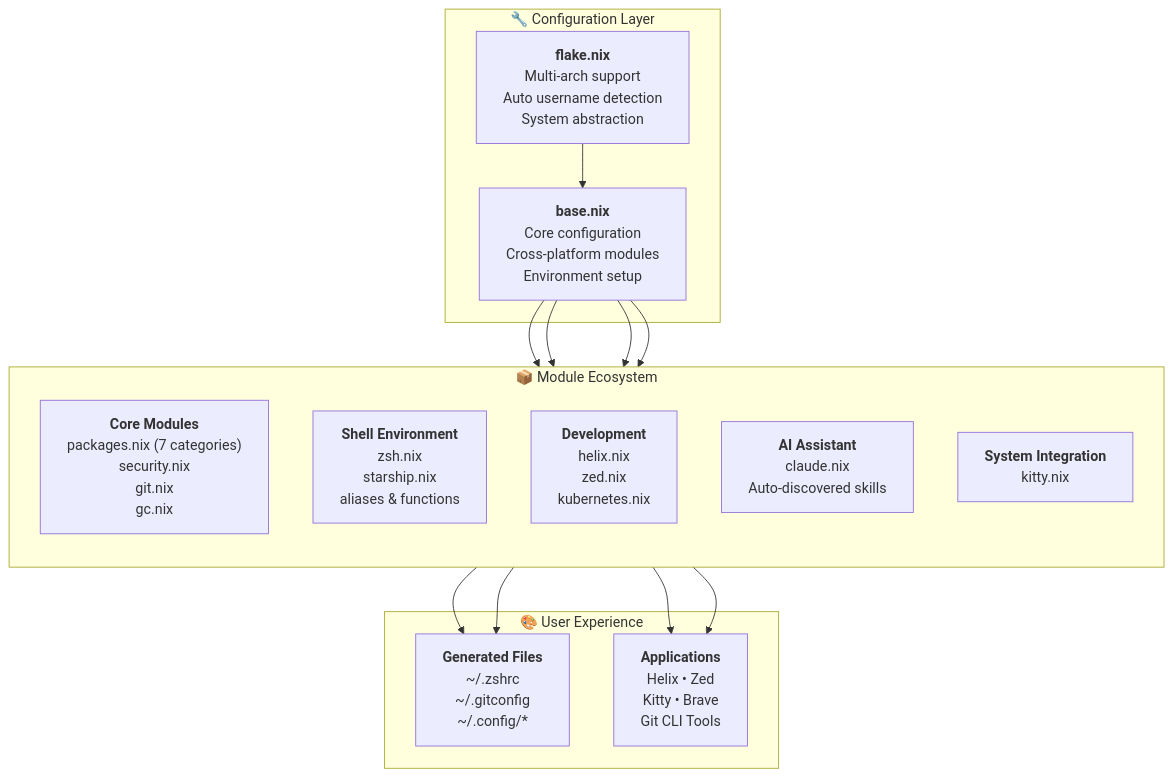
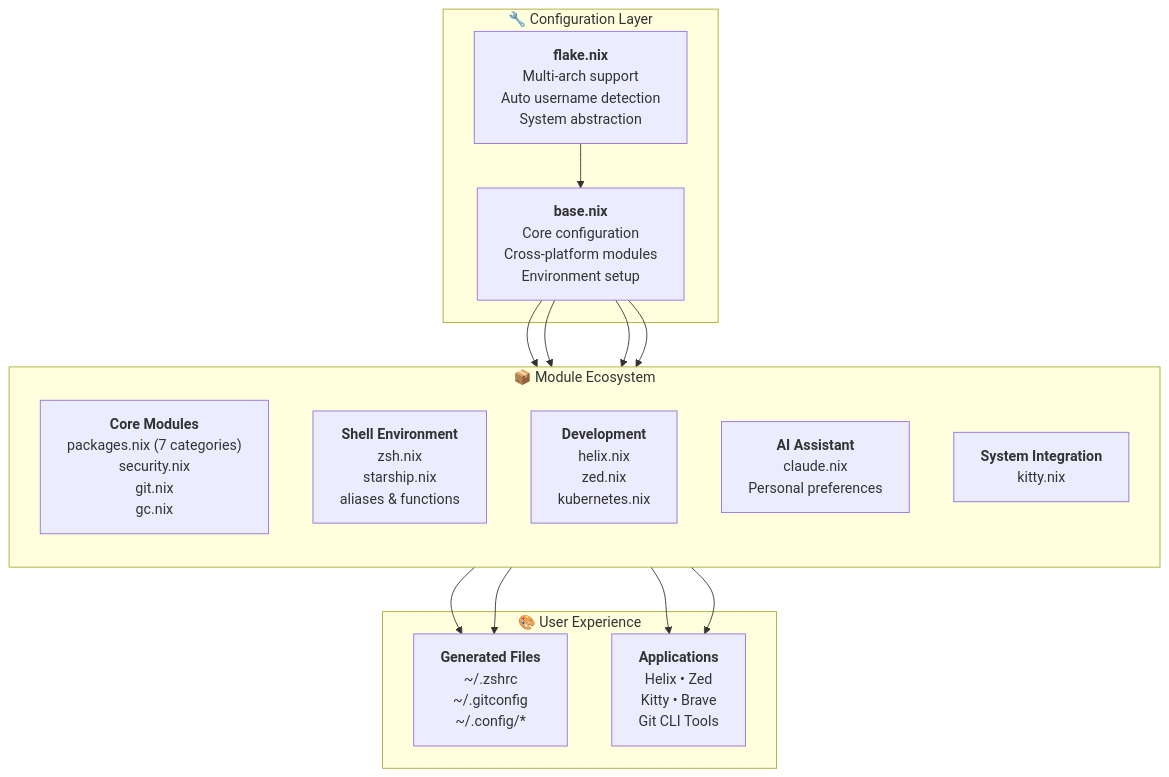
One commit to pampatzoglou/home-manager changed the first of 6 diagrams in docs/ARCHITECTURE.md. Above: the diagram before and after it, drawn with Mermaid. The commit also changed other lines of this file and 66 other files, not shown here.

````diff
--- a/docs/ARCHITECTURE.md
+++ b/docs/ARCHITECTURE.md
@@ -7,56 +7,56 @@
 ```mermaid
 graph TB
     subgraph "🔧 Configuration Layer"
         flake["`**flake.nix**
         Multi-arch support
         Auto username detection
         System abstraction`"]
         base["`**base.nix**
         Core configuration
         Cross-platform modules
         Environment setup`"]
     end
 
     subgraph "📦 Module Ecosystem"
         direction TB
         core["`**Core Modules**
         packages.nix (7 categories)
         security.nix
         git.nix
         gc.nix`"]
         shell["`**Shell Environment**
         zsh.nix
         starship.nix
         aliases & functions`"]
         dev["`**Development**
         helix.nix
         zed.nix
         kubernetes.nix`"]
         ai["`**AI Assistant**
         claude.nix
-        Auto-discovered skills`"]
+        Personal preferences`"]
         sys["`**System Integration**
         kitty.nix`"]
     end
 
     subgraph "🎨 User Experience"
         dotfiles["`**Generated Files**
         ~/.zshrc
         ~/.gitconfig
         ~/.config/*`"]
         apps["`**Applications**
         Helix • Zed
         Kitty • Brave
         Git CLI Tools`"]
     end
 
     flake --> base
     base --> core
     base --> shell
     base --> dev
     base --> sys
     core --> dotfiles
     shell --> dotfiles
     dev --> apps
     sys --> apps
 ```
````
